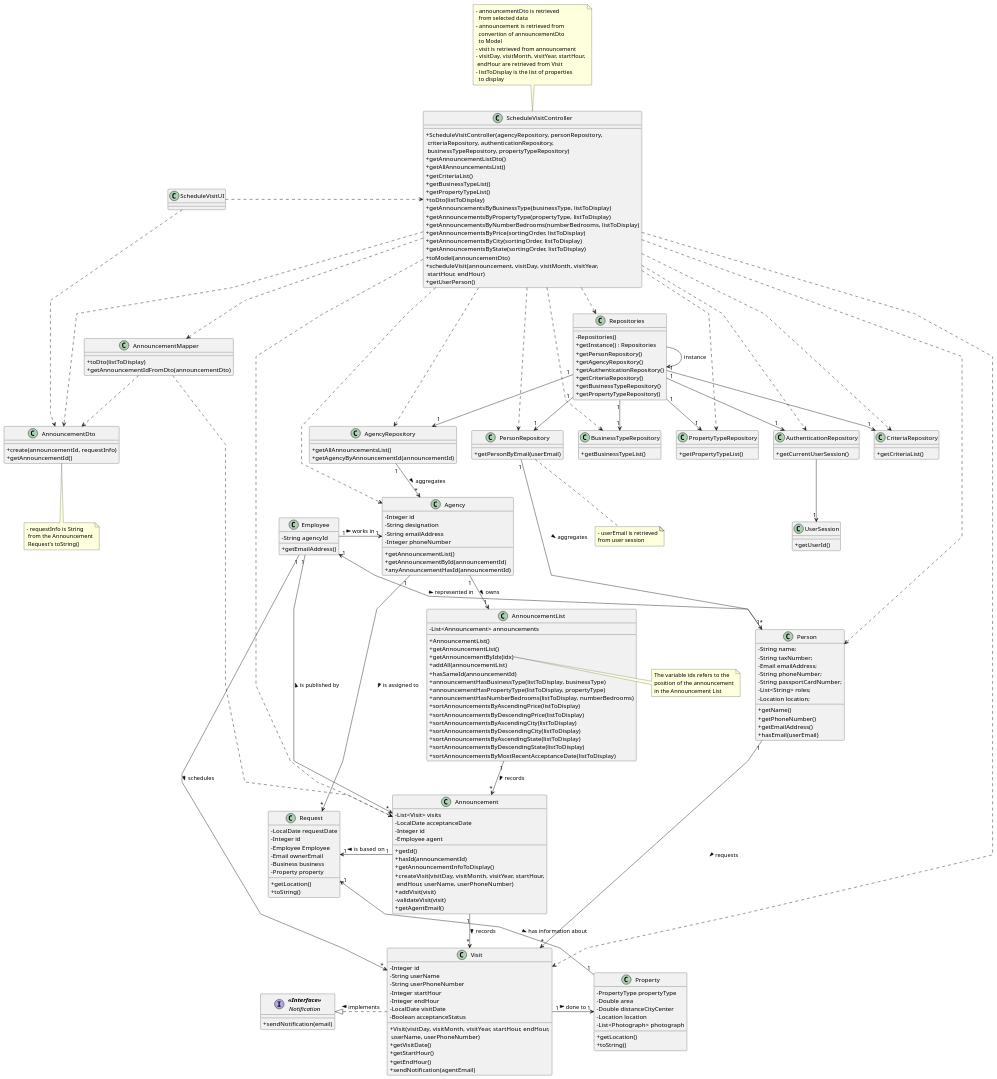
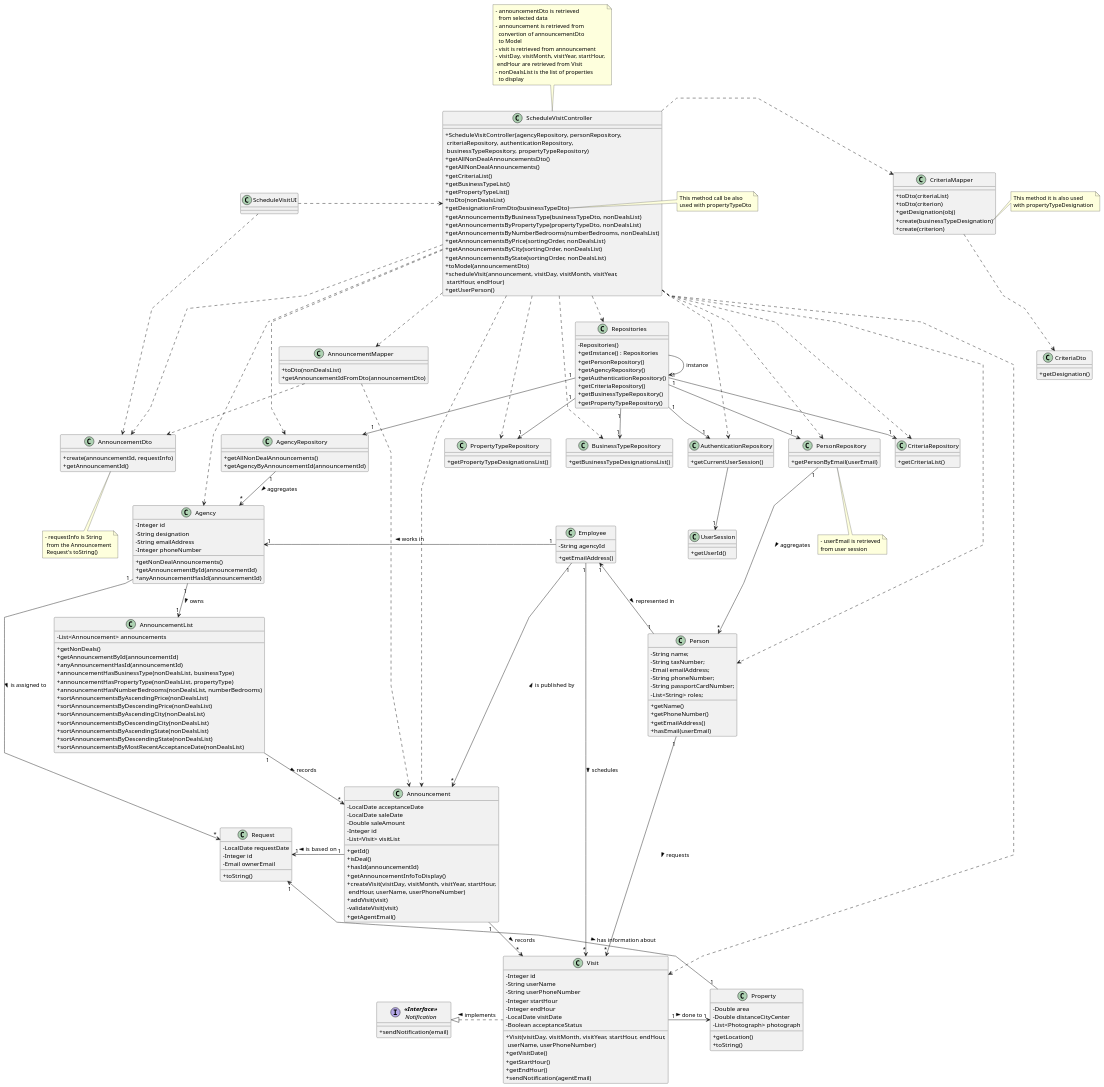
Before and after one commit to rita-barbosa/LAPR2-2223: the diagram in docs/sprintD/us009/03.design/puml/us009-class-diagram.puml, drawn with PlantUML. The commit also changed 27 other files, not shown here.

```diff
--- a/docs/sprintD/us009/03.design/puml/us009-class-diagram.puml
+++ b/docs/sprintD/us009/03.design/puml/us009-class-diagram.puml
@@ -35,16 +35,16 @@
 }
 
 class AgencyRepository {
-    + getAllAnnouncementsList()
+    + getAllNonDealAnnouncements()
     + getAgencyByAnnouncementId(announcementId)
 }
 
 class BusinessTypeRepository {
-    + getBusinessTypeList()
+    + getBusinessTypeDesignationsList()
 }
 
 class PropertyTypeRepository {
-    + getPropertyTypeList()
+    + getPropertyTypeDesignationsList()
 }
 
 class Agency {
@@ -52,7 +52,7 @@
     - String designation
     - String emailAddress
     - Integer phoneNumber
-    + getAnnouncementList()
+    + getNonDealAnnouncements()
     + getAnnouncementById(announcementId)
     + anyAnnouncementHasId(announcementId)
 }
@@ -70,22 +70,28 @@
 
 class ScheduleVisitController {
     + ScheduleVisitController(agencyRepository, personRepository,\n criteriaRepository, authenticationRepository,\n businessTypeRepository, propertyTypeRepository)
-    + getAnnouncementListDto()
-    + getAllAnnouncementsList()
+    + getAllNonDealAnnouncementsDto()
+    + getAllNonDealAnnouncements()
     + getCriteriaList()
     + getBusinessTypeList()
     + getPropertyTypeList()
-    + toDto(listToDisplay)
-    + getAnnouncementsByBusinessType(businessType, listToDisplay)
-    + getAnnouncementsByPropertyType(propertyType, listToDisplay)
-    + getAnnouncementsByNumberBedrooms(numberBedrooms, listToDisplay)
-    + getAnnouncementsByPrice(sortingOrder, listToDisplay)
-    + getAnnouncementsByCity(sortingOrder, listToDisplay)
-    + getAnnouncementsByState(sortingOrder, listToDisplay)
+    + toDto(nonDealsList)
+    + getDesignationFromDto(businessTypeDto)
+    + getAnnouncementsByBusinessType(businessTypeDto, nonDealsList)
+    + getAnnouncementsByPropertyType(propertyTypeDto, nonDealsList)
+    + getAnnouncementsByNumberBedrooms(numberBedrooms, nonDealsList)
+    + getAnnouncementsByPrice(sortingOrder, nonDealsList)
+    + getAnnouncementsByCity(sortingOrder, nonDealsList)
+    + getAnnouncementsByState(sortingOrder, nonDealsList)
     + toModel(announcementDto)
     + scheduleVisit(announcement, visitDay, visitMonth, visitYear,\n startHour, endHour)
     + getUserPerson()
 }
+
+note right of ScheduleVisitController::getDesignationFromDto
+This method call be also
+used with propertyTypeDto
+end note
 
 note top of ScheduleVisitController
     - announcementDto is retrieved
@@ -96,19 +102,23 @@
     - visit is retrieved from announcement
     - visitDay, visitMonth, visitYear, startHour,
      endHour are retrieved from Visit
-    - listToDisplay is the list of properties
+    - nonDealsList is the list of properties
       to display
 end note
+
+
 
 class ScheduleVisitUI {
 }
 
 class Announcement {
-    - List<Visit> visits
     - LocalDate acceptanceDate
+    - LocalDate saleDate
+    - Double saleAmount
     - Integer id
-    - Employee agent
+    - List<Visit> visitList
     + getId()
+    + isDeal()
     + hasId(announcementId)
     + getAnnouncementInfoToDisplay()
     + createVisit(visitDay, visitMonth, visitYear, startHour,\n endHour, userName, userPhoneNumber)
@@ -118,27 +128,42 @@
 }
 
 class AnnouncementMapper {
-    + toDto(listToDisplay)
+    + toDto(nonDealsList)
     + getAnnouncementIdFromDto(announcementDto)
+}
+
+class CriteriaMapper {
+    + toDto(criteriaList)
+    + toDto(criterion)
+    + getDesignation(obj)
+    + create(businessTypeDesignation)
+    + create(criterion)
+}
+
+note right of CriteriaMapper::create
+This method it is also used
+with propertyTypeDesignation
+end note
+
+class CriteriaDto{
+    + getDesignation()
 }
 
 class AnnouncementList {
     - List<Announcement> announcements
-    + AnnouncementList()
-    + getAnnouncementList()
-    + getAnnouncementByIdx(idx)
-    + addAll(announcementList)
-    + hasSameId(announcementId)
-    + announcementHasBusinessType(listToDisplay, businessType)
-    + announcementHasPropertyType(listToDisplay, propertyType)
-    + announcementHasNumberBedrooms(listToDisplay, numberBedrooms)
-    + sortAnnouncementsByAscendingPrice(listToDisplay)
-    + sortAnnouncementsByDescendingPrice(listToDisplay)
-    + sortAnnouncementsByAscendingCity(listToDisplay)
-    + sortAnnouncementsByDescendingCity(listToDisplay)
-    + sortAnnouncementsByAscendingState(listToDisplay)
-    + sortAnnouncementsByDescendingState(listToDisplay)
-    + sortAnnouncementsByMostRecentAcceptanceDate(listToDisplay)
+    + getNonDeals()
+    + getAnnouncementById(announcementId)
+    + anyAnnouncementHasId(announcementId)
+    + announcementHasBusinessType(nonDealsList, businessType)
+    + announcementHasPropertyType(nonDealsList, propertyType)
+    + announcementHasNumberBedrooms(nonDealsList, numberBedrooms)
+    + sortAnnouncementsByAscendingPrice(nonDealsList)
+    + sortAnnouncementsByDescendingPrice(nonDealsList)
+    + sortAnnouncementsByAscendingCity(nonDealsList)
+    + sortAnnouncementsByDescendingCity(nonDealsList)
+    + sortAnnouncementsByAscendingState(nonDealsList)
+    + sortAnnouncementsByDescendingState(nonDealsList)
+    + sortAnnouncementsByMostRecentAcceptanceDate(nonDealsList)
 }
 
 note right of AnnouncementList::getAnnouncementByIdx
@@ -161,20 +186,14 @@
 class Request{
     - LocalDate requestDate
     - Integer id
-    - Employee Employee
     - Email ownerEmail
-    - Business business
-    - Property property
-    + getLocation()
     + toString()
 }
 
 
 class Property {
-    - PropertyType propertyType
     - Double area
     - Double distanceCityCenter
-    - Location location
     - List<Photograph> photograph
     + getLocation()
     + toString()
@@ -192,7 +211,6 @@
     - String phoneNumber;
     - String passportCardNumber;
     - List<String> roles;
-    - Location location;
     + getName()
     + getPhoneNumber()
     + getEmailAddress()
@@ -217,6 +235,7 @@
 }
 
 'RELATIONS
+
 
 ScheduleVisitUI .> ScheduleVisitController
 
@@ -264,6 +283,10 @@
 
 ScheduleVisitController ..> AnnouncementMapper
 
+ScheduleVisitController .> CriteriaMapper
+
+CriteriaMapper ..> CriteriaDto
+
 AnnouncementMapper ..> Announcement
 
 AnnouncementMapper ..> AnnouncementDto
@@ -283,7 +306,6 @@
 Agency "1" --> "1" AnnouncementList : owns >
 AnnouncementList "1" --> "*" Announcement: records >
 Property "1" -left-> "1" Request : < has information about
-'Request "1" -left "1" Business: is described by >
 Announcement "1" -left-> "1" Request : is  based on >
 Agency "1" --> "*" Request : is assigned to >
 Visit .up|> Notification : implements >
```
